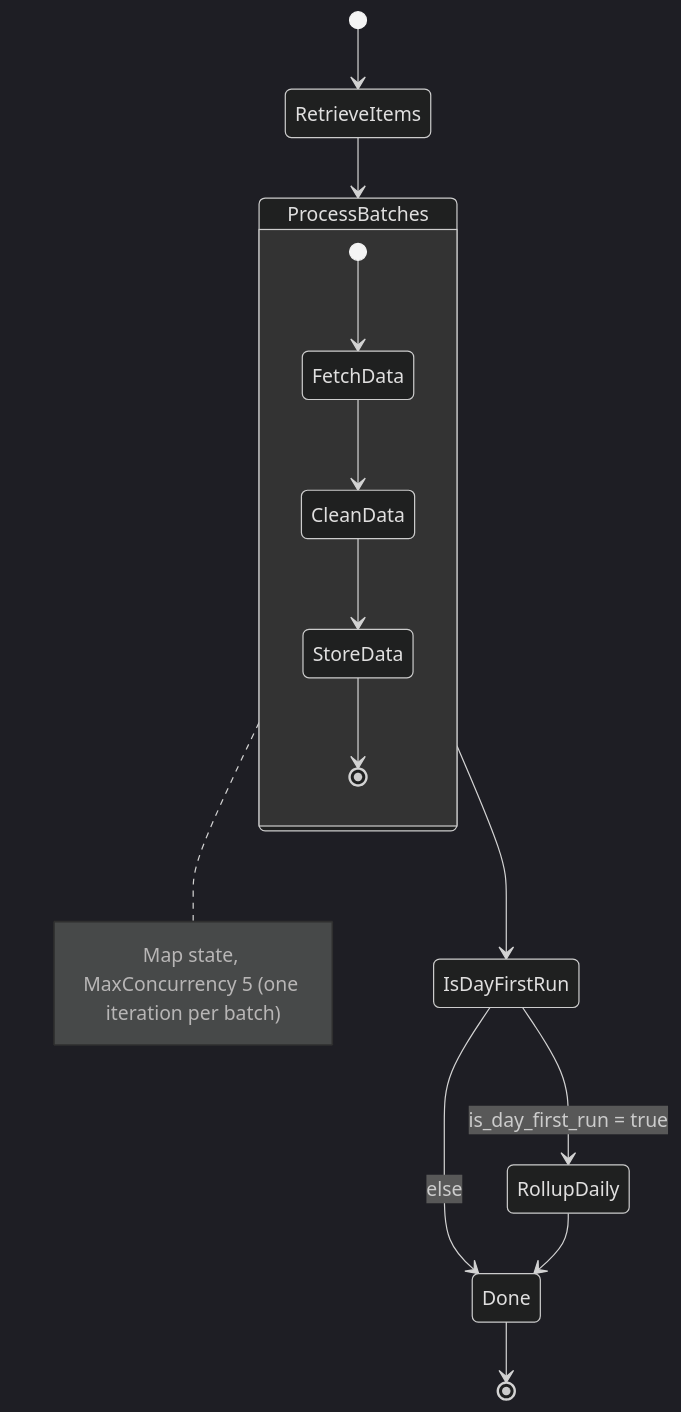
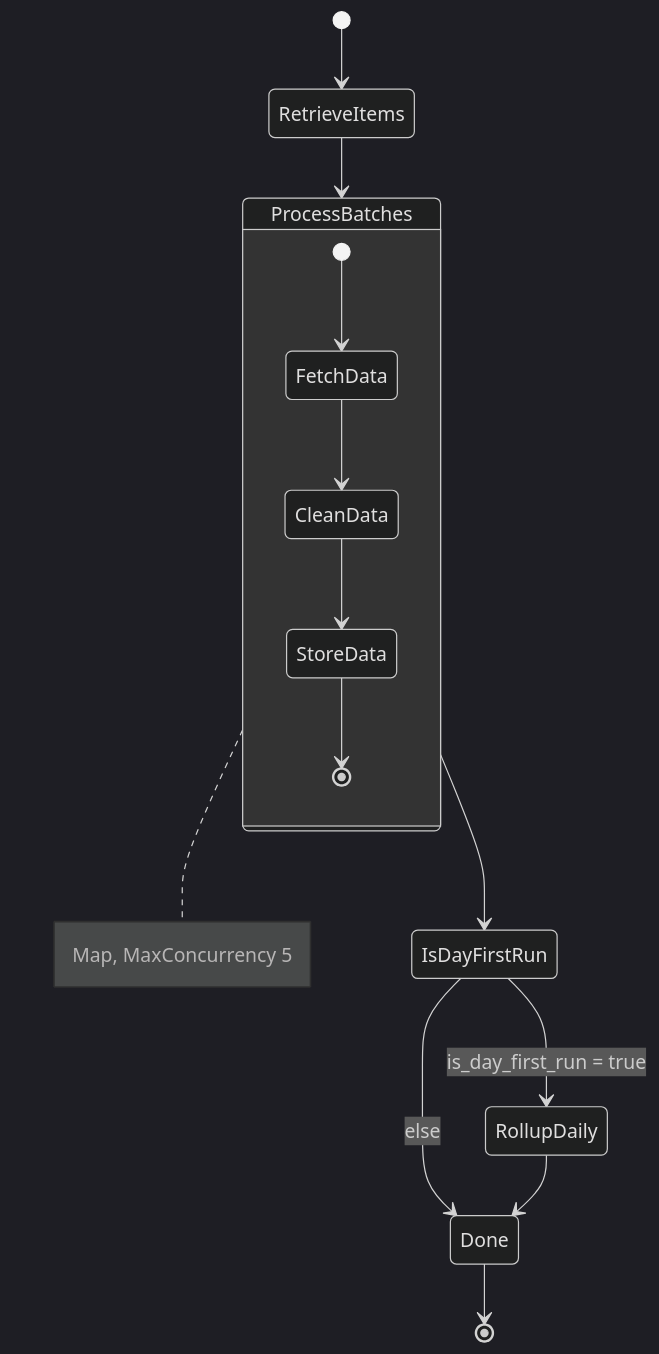
Before and after one commit to RyanYCT/bdo-market-insights: the second of 3 diagrams in docs/architecture.md, drawn with Mermaid (dark theme).

Commit message:
docs: condense ETL Map note to a concise inline note

````diff
--- a/docs/architecture.md
+++ b/docs/architecture.md
@@ -62,21 +62,19 @@
 ```mermaid
 stateDiagram-v2
     [*] --> RetrieveItems
     RetrieveItems --> ProcessBatches
     state ProcessBatches {
         [*] --> FetchData
         FetchData --> CleanData
         CleanData --> StoreData
         StoreData --> [*]
     }
     ProcessBatches --> IsDayFirstRun
     state IsDayFirstRun <<choice>>
     IsDayFirstRun --> RollupDaily : is_day_first_run = true
     IsDayFirstRun --> Done : else
     RollupDaily --> Done
     Done --> [*]
 
-    note right of ProcessBatches
-        Map state, MaxConcurrency 5 (one iteration per batch)
-    end note
+    note right of ProcessBatches : Map, MaxConcurrency 5
 ```
````
